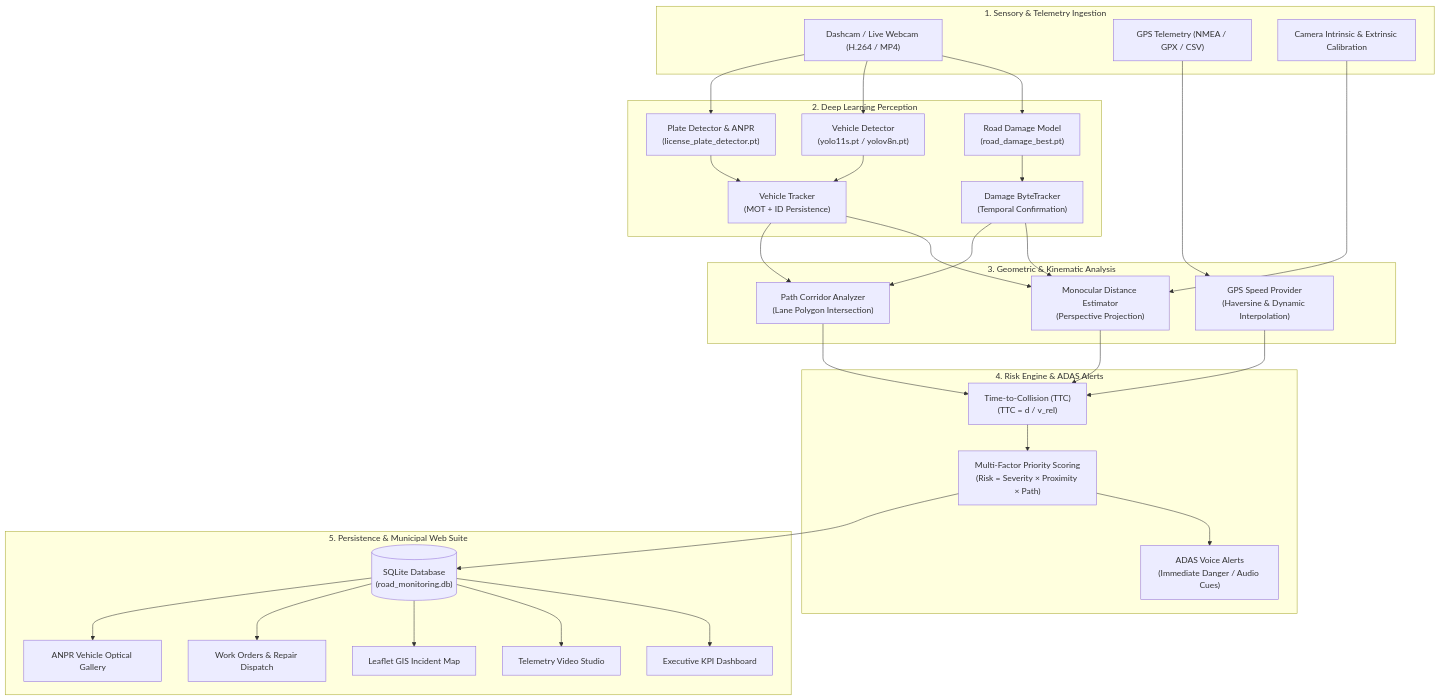
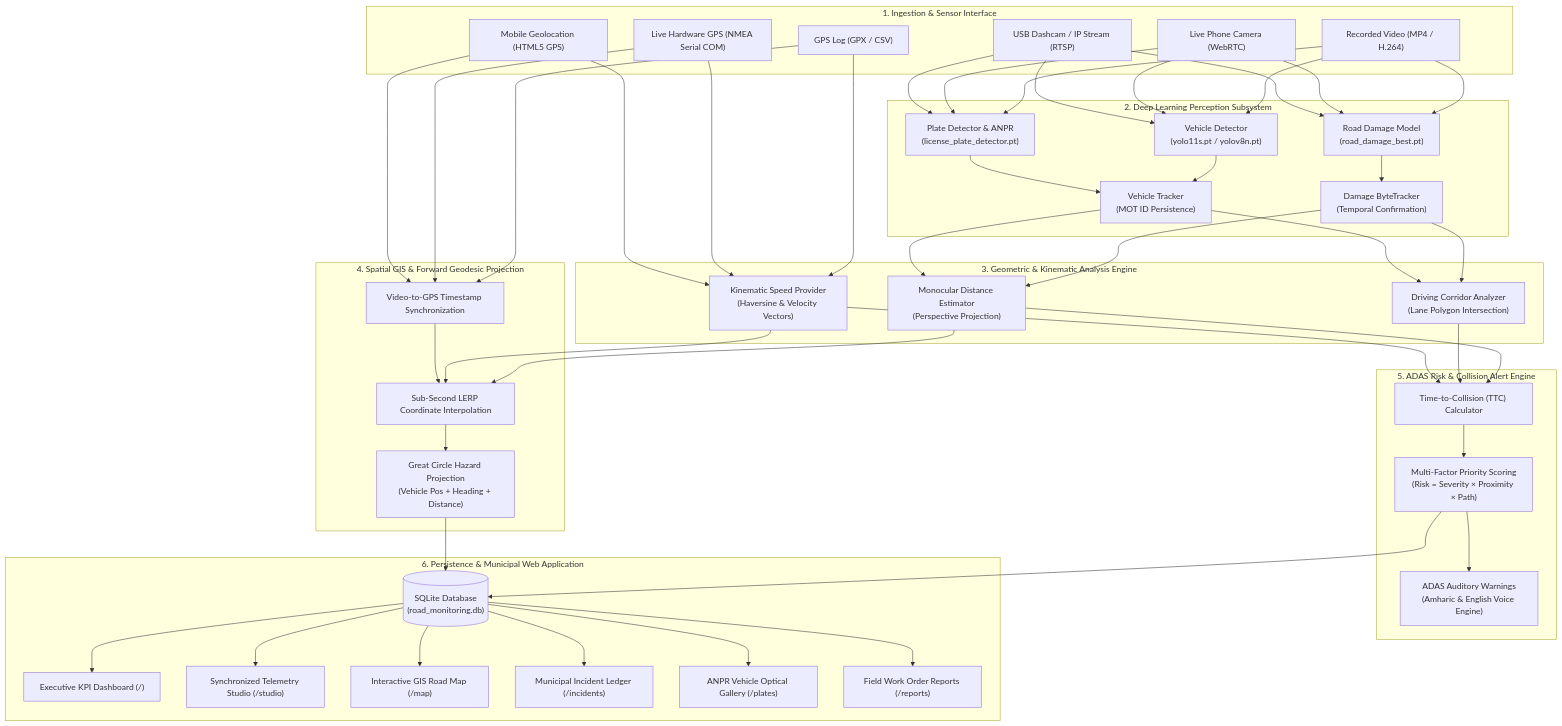
The diagram in README.md (haile6/intelligent-road-monitoring-system), drawn with Mermaid before and after one commit. The commit also changed other lines of this file, not shown here.

Commit message:
docs(readme): update documentation with live video modes, split-view GIS synchronization, and architecture

````diff
--- a/README.md
+++ b/README.md
@@ -40,50 +49,58 @@
 ```mermaid
 flowchart TD
-    subgraph Tier1["1. Sensory & Telemetry Ingestion"]
-        V["Dashcam / Live Webcam (H.264 / MP4)"]
-        G["GPS Telemetry (NMEA / GPX / CSV)"]
-        C["Camera Intrinsic & Extrinsic Calibration"]
+    subgraph Tier1["1. Ingestion & Sensor Interface"]
+        V1["Recorded Video (MP4 / H.264)"]
+        V2["Live Phone Camera (WebRTC)"]
+        V3["USB Dashcam / IP Stream (RTSP)"]
+        G1["GPS Log (GPX / CSV)"]
+        G2["Live Hardware GPS (NMEA Serial COM)"]
+        G3["Mobile Geolocation (HTML5 GPS)"]
     end
 
-    subgraph Tier2["2. Deep Learning Perception"]
+    subgraph Tier2["2. Deep Learning Perception Subsystem"]
         D1["Road Damage Model\n(road_damage_best.pt)"]
         D2["Vehicle Detector\n(yolo11s.pt / yolov8n.pt)"]
         D3["Plate Detector & ANPR\n(license_plate_detector.pt)"]
         T1["Damage ByteTracker\n(Temporal Confirmation)"]
-        T2["Vehicle Tracker\n(MOT + ID Persistence)"]
+        T2["Vehicle Tracker\n(MOT ID Persistence)"]
     end
 
-    subgraph Tier3["3. Geometric & Kinematic Analysis"]
+    subgraph Tier3["3. Geometric & Kinematic Analysis Engine"]
         E1["Monocular Distance Estimator\n(Perspective Projection)"]
-        E2["Path Corridor Analyzer\n(Lane Polygon Intersection)"]
-        E3["GPS Speed Provider\n(Haversine & Dynamic Interpolation)"]
+        E2["Driving Corridor Analyzer\n(Lane Polygon Intersection)"]
+        E3["Kinematic Speed Provider\n(Haversine & Velocity Vectors)"]
     end
 
-    subgraph Tier4["4. Risk Engine & ADAS Alerts"]
-        R1["Time-to-Collision (TTC)\n(TTC = d / v_rel)"]
-        R2["Multi-Factor Priority Scoring\n(Risk = Severity × Proximity × Path)"]
-        R3["ADAS Voice Alerts\n(Immediate Danger / Audio Cues)"]
+    subgraph Tier4["4. Spatial GIS & Forward Geodesic Projection"]
+        S1["Video-to-GPS Timestamp Synchronization"]
+        S2["Sub-Second LERP Coordinate Interpolation"]
+        S3["Great Circle Hazard Projection\n(Vehicle Pos + Heading + Distance)"]
     end
 
-    subgraph Tier5["5. Persistence & Municipal Web Suite"]
-        DB[("SQLite Database\n(road_monitoring.db)")]
-        UI1["Executive KPI Dashboard"]
-        UI2["Telemetry Video Studio"]
-        UI3["Leaflet GIS Incident Map"]
-        UI4["Work Orders & Repair Dispatch"]
-        UI5["ANPR Vehicle Optical Gallery"]
+    subgraph Tier5["5. ADAS Risk & Collision Alert Engine"]
+        R1["Time-to-Collision (TTC) Calculator"]
+        R2["Multi-Factor Priority Scoring\n(Risk = Severity × Proximity × Path)"]
+        R3["ADAS Auditory Warnings\n(Amharic & English Voice Engine)"]
     end
 
-    V --> D1 & D2 & D3
+    subgraph Tier6["6. Persistence & Municipal Web Application"]
+        DB[("SQLite Database\n(road_monitoring.db)")]
+        UI1["Executive KPI Dashboard (/)"]
+        UI2["Synchronized Telemetry Studio (/studio)"]
+        UI3["Interactive GIS Road Map (/map)"]
+        UI4["Municipal Incident Ledger (/incidents)"]
+        UI5["ANPR Vehicle Optical Gallery (/plates)"]
+        UI6["Field Work Order Reports (/reports)"]
+    end
+
+    V1 & V2 & V3 --> D1 & D2 & D3
     D1 --> T1
-    D2 --> T2
-    D3 --> T2
+    D2 & D3 --> T2
     T1 & T2 --> E1 & E2
-    G --> E3
-    C --> E1
-    E1 & E2 & E3 --> R1
-    R1 --> R2
+    G1 & G2 & G3 --> E3 & S1
+    E1 & E3 & S1 --> S2 --> S3
+    E1 & E2 & E3 --> R1 --> R2
     R2 --> R3
-    R2 --> DB
-    DB --> UI1 & UI2 & UI3 & UI4 & UI5
+    S3 & R2 --> DB
+    DB --> UI1 & UI2 & UI3 & UI4 & UI5 & UI6
 ```
````
